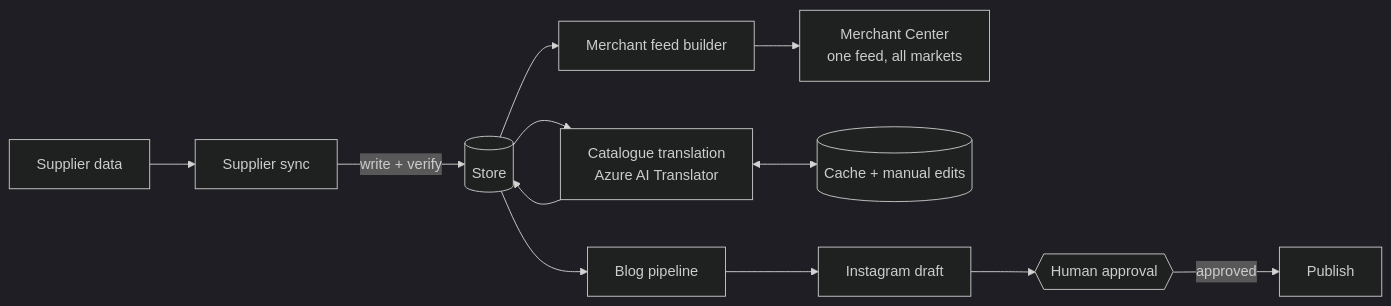
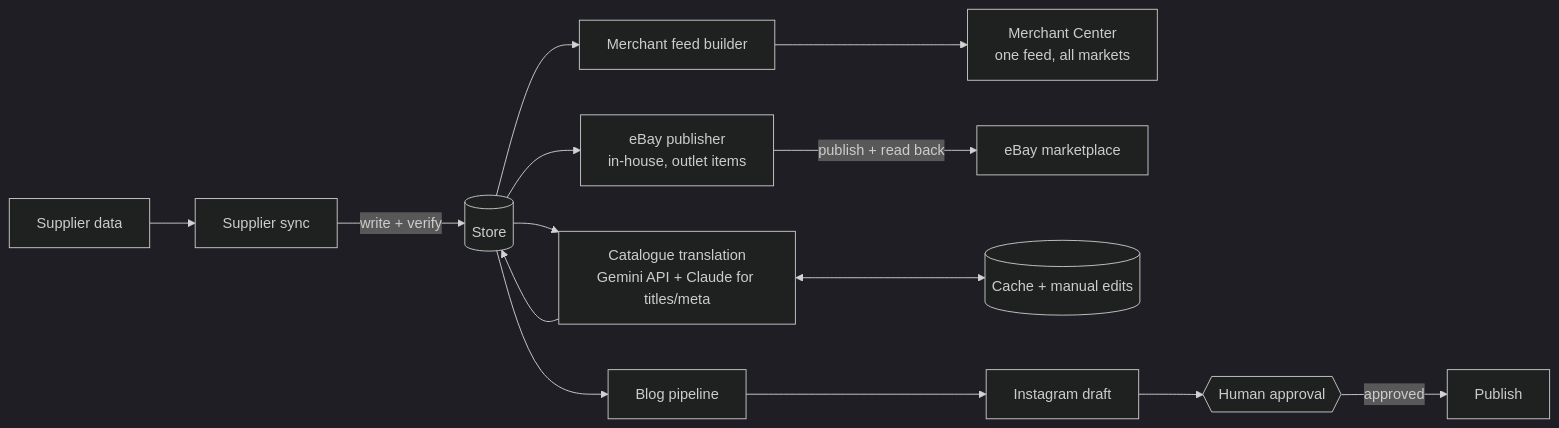
One commit to drostark/ai-ecommerce-pipelines changed the diagram in README.md. Above: the diagram before and after it, drawn with Mermaid (dark theme). The commit also changed other lines of this file and 3 other files, not shown here.

First line of the commit message:
Translation: DeepL -> Azure -> Gemini history; add eBay channel

````diff
--- a/README.md
+++ b/README.md
@@ -15,14 +15,16 @@
 ```mermaid
 flowchart LR
     S[Supplier data] --> SYNC[Supplier sync]
     SYNC -->|write + verify| SHOP[(Store)]
     SHOP --> FEED[Merchant feed builder]
     FEED --> MC[Merchant Center<br/>one feed, all markets]
-    SHOP --> TR[Catalogue translation<br/>Azure AI Translator]
+    SHOP --> EBAY[eBay publisher<br/>in-house, outlet items]
+    EBAY -->|publish + read back| EB[eBay marketplace]
+    SHOP --> TR[Catalogue translation<br/>Gemini API + Claude for titles/meta]
     TR <--> CACHE[(Cache + manual edits)]
     TR --> SHOP
     SHOP --> BLOG[Blog pipeline]
     BLOG --> IG[Instagram draft]
     IG --> GATE{{Human approval}}
     GATE -->|approved| PUB[Publish]
 ```
````
